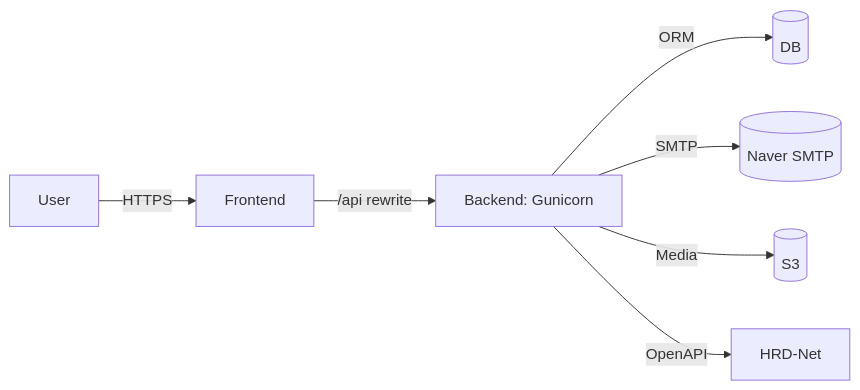
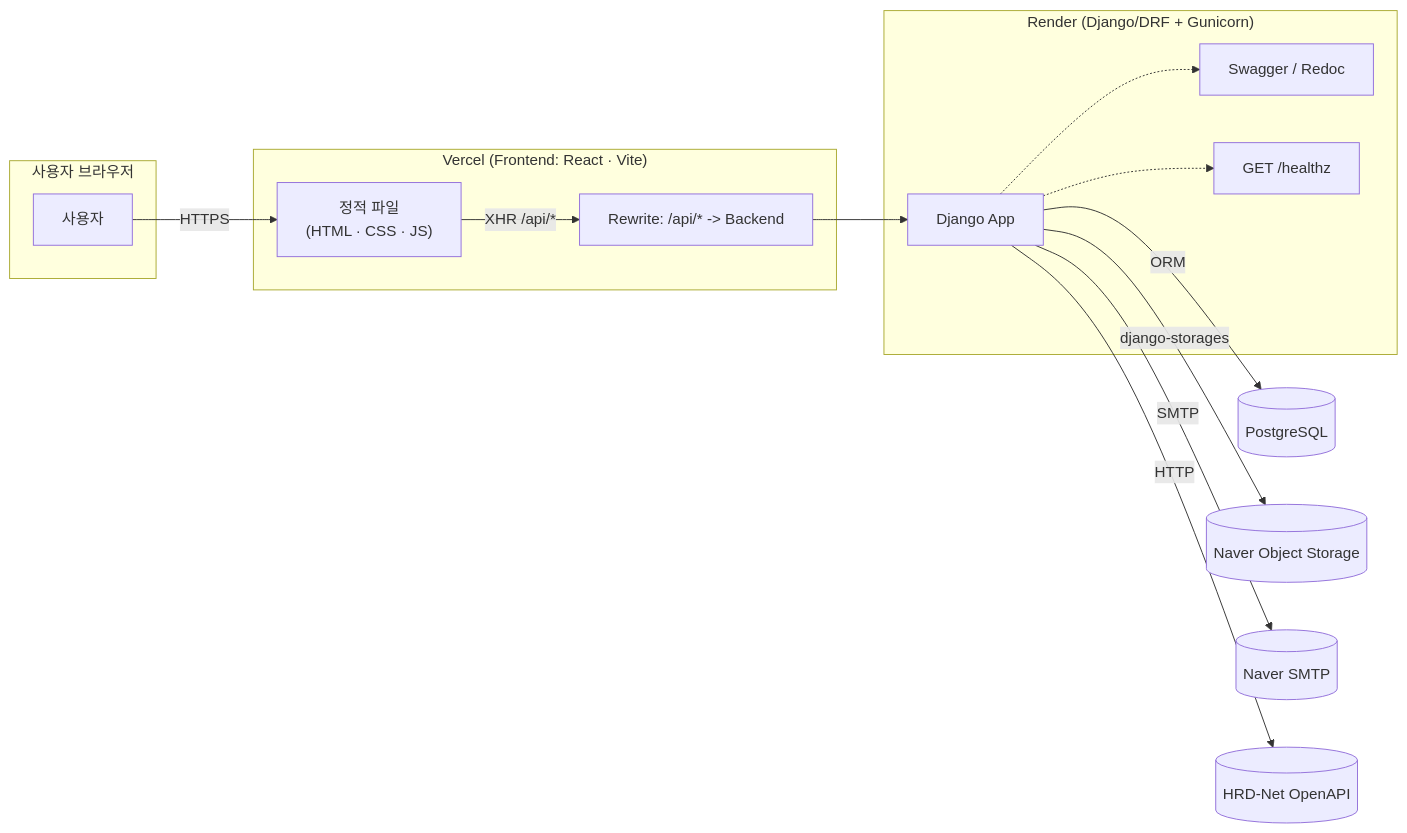
The diagram in README.md (damoacook/damoacook-back), drawn with Mermaid before and after one commit. The commit also changed other lines of this file, not shown here.

````diff
--- a/README.md
+++ b/README.md
@@ -114,10 +114,34 @@
 ```mermaid
 
 flowchart LR
-  User -->|HTTPS| Vercel[Frontend]
-  Vercel -->|/api rewrite| Render[Backend: Gunicorn]
-  Render -->|ORM| PostgreSQL[(DB)]
-  Render -->|SMTP| NaverMail[(Naver SMTP)]
-  Render -->|Media| NaverObjectStorage[(S3)]
-  Render -->|OpenAPI| HRDNet[HRD-Net]
+  subgraph Client["사용자 브라우저"]
+    U[사용자]
+  end
+
+  subgraph FE["Vercel (Frontend: React · Vite)"]
+    S["정적 파일<br/>(HTML · CSS · JS)"]
+    Rw["Rewrite: /api/* -> Backend"]
+  end
+
+  subgraph BE["Render (Django/DRF + Gunicorn)"]
+    App[Django App]
+    Docs[Swagger / Redoc]
+    Health["GET /healthz"]
+  end
+
+  DB[(PostgreSQL)]
+  S3[(Naver Object Storage)]
+  SMTP[(Naver SMTP)]
+  HRD[(HRD-Net OpenAPI)]
+
+  U -->|HTTPS| S
+  S -->|XHR /api/*| Rw
+  Rw --> App
+
+  App -->|ORM| DB
+  App -->|django-storages| S3
+  App -->|SMTP| SMTP
+  App -->|HTTP| HRD
+  App -.-> Docs
+  App -.-> Health
 ```
````
